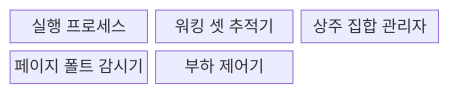
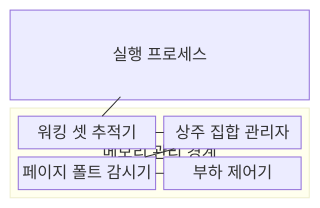
The second of 3 diagrams in src/content/docs/notes/03-software/014_virtual_memory_thrashing.md (agnusdei1207/knowledge-base), drawn with Mermaid before and after one commit. The commit also changed other lines of this file and 20 other files, not shown here.

````diff
--- a/src/content/docs/notes/03-software/014_virtual_memory_thrashing.md
+++ b/src/content/docs/notes/03-software/014_virtual_memory_thrashing.md
@@ -69,9 +75,16 @@
 ```mermaid
-block-beta
-  columns 3
-  P["실행 프로세스"]
-  W["워킹 셋 추적기"]
-  R["상주 집합 관리자"]
-  F["페이지 폴트 감시기"]
-  L["부하 제어기"]
+block
+    columns 1
+    P["실행 프로세스"]
+    block:M["메모리 관리 경계"]
+        columns 2
+        W["워킹 셋 추적기"]
+        R["상주 집합 관리자"]
+        F["페이지 폴트 감시기"]
+        L["부하 제어기"]
+    end
+    P --- W
+    W --- R
+    R --- F
+    F --- L
 ```
````
